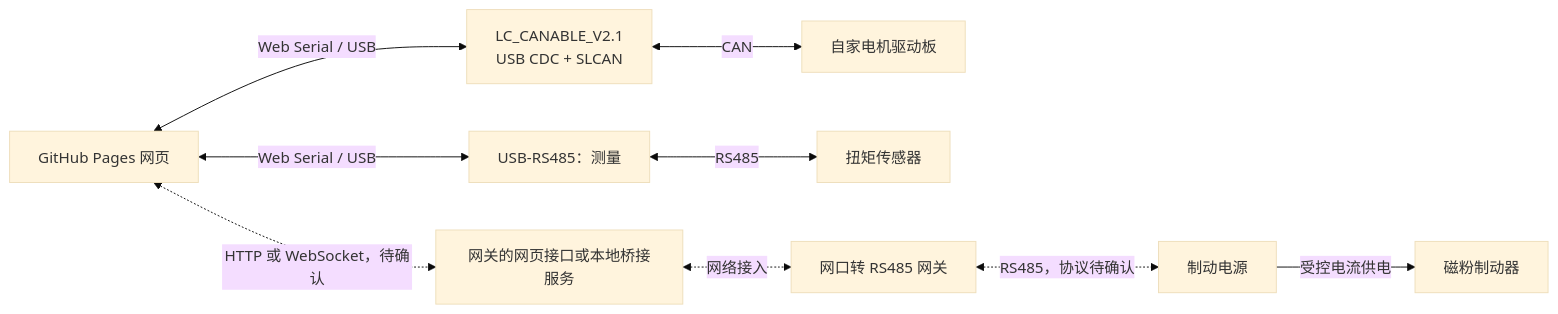
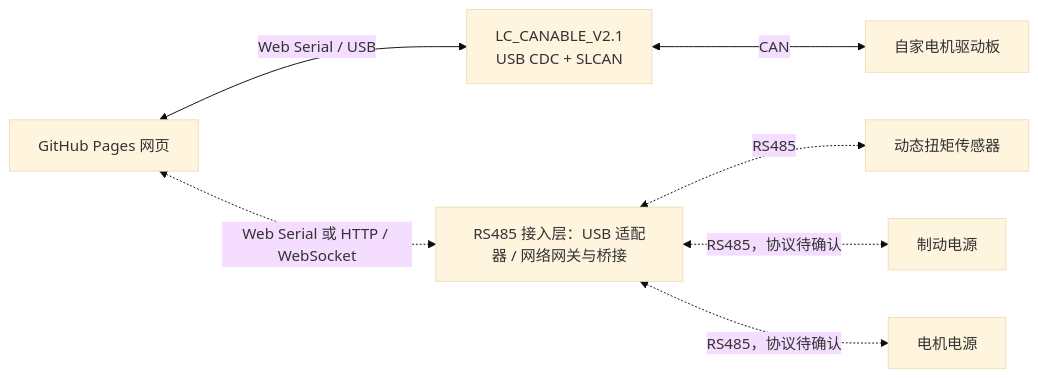
The second of 2 diagrams in docs/test-bench.md (Inntorque/motor-test-bench), drawn with Mermaid (base theme) before and after one commit. The commit also changed other lines of this file and 8 other files, not shown here.

````diff
--- a/docs/test-bench.md
+++ b/docs/test-bench.md
@@ -45,11 +45,9 @@
 ```mermaid
 flowchart LR
     W[GitHub Pages 网页] <-->|Web Serial / USB| C["LC_CANABLE_V2.1<br/>USB CDC + SLCAN"]
     C <-->|CAN| D[自家电机驱动板]
-    W <-->|Web Serial / USB| T[USB-RS485：测量]
-    T <-->|RS485| S[扭矩传感器]
-    W <-.->|HTTP 或 WebSocket，待确认| B[网关的网页接口或本地桥接服务]
-    B <-.->|网络接入| E[网口转 RS485 网关]
-    E <-.->|RS485，协议待确认| P[制动电源]
-    P -->|受控电流供电| L[磁粉制动器]
+    W <-.->|Web Serial 或 HTTP / WebSocket| R[RS485 接入层：USB 适配器 / 网络网关与桥接]
+    R <-.->|RS485| S[动态扭矩传感器]
+    R <-.->|RS485，协议待确认| P[制动电源]
+    R <-.->|RS485，协议待确认| MP[电机电源]
 ```
````
